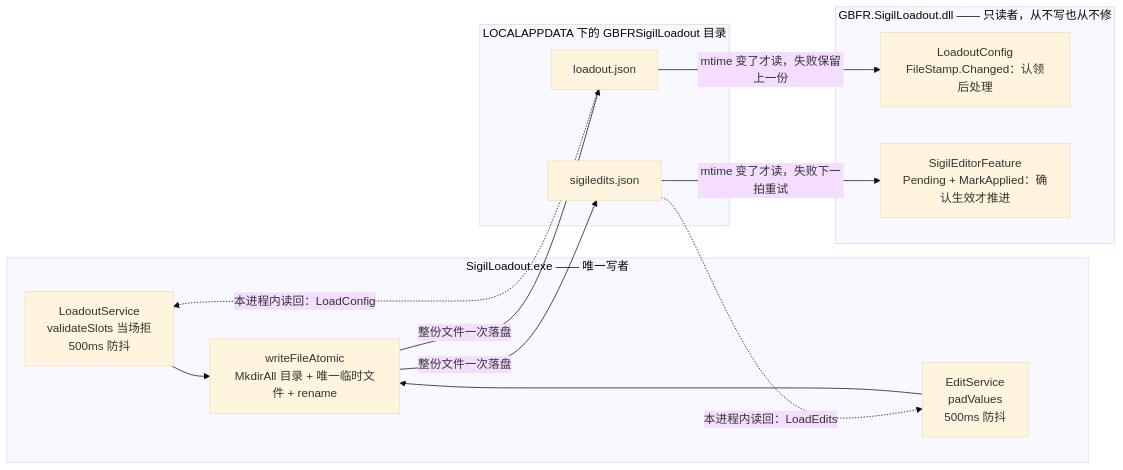
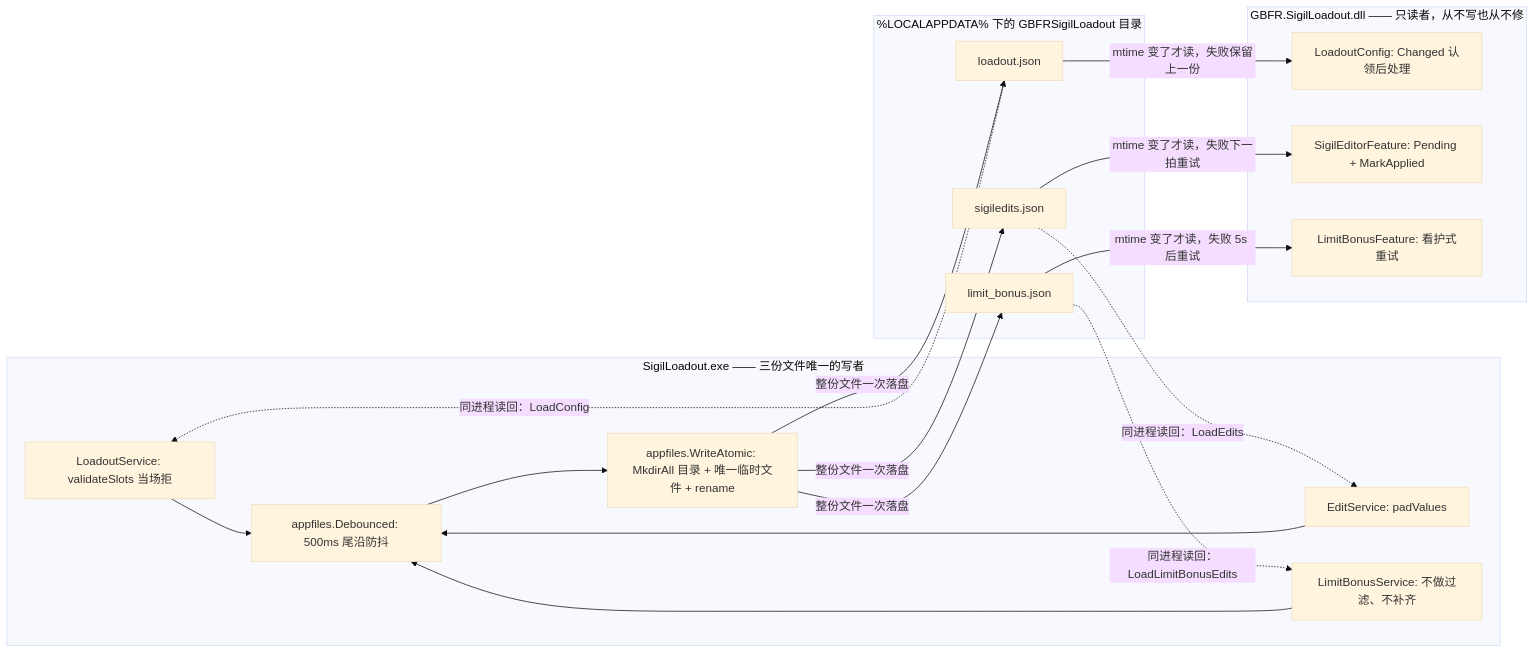
One commit to baagod/GBFR-Sigil-Loadout changed the first of 2 diagrams in openwiki/concepts/config-file-contracts.md. Above: the diagram before and after it, drawn with Mermaid (base theme). The commit also changed other lines of this file and 52 other files, not shown here.

````diff
--- a/openwiki/concepts/config-file-contracts.md
+++ b/openwiki/concepts/config-file-contracts.md
@@ -78,24 +102,33 @@
 ```mermaid
 flowchart LR
-    subgraph Tool["SigilLoadout.exe —— 唯一写者"]
-        LS["LoadoutService<br/>validateSlots 当场拒<br/>500ms 防抖"]
-        ES["EditService<br/>padValues<br/>500ms 防抖"]
-        AW["writeFileAtomic<br/>MkdirAll 目录 + 唯一临时文件 + rename"]
+    subgraph Tool["SigilLoadout.exe —— 三份文件唯一的写者"]
+        LS["LoadoutService: validateSlots 当场拒"]
+        ES["EditService: padValues"]
+        LB["LimitBonusService: 不做过滤、不补齐"]
+        DB["appfiles.Debounced: 500ms 尾沿防抖"]
+        AW["appfiles.WriteAtomic: MkdirAll 目录 + 唯一临时文件 + rename"]
     end
-    subgraph Dir["LOCALAPPDATA 下的 GBFRSigilLoadout 目录"]
+    subgraph Dir["%LOCALAPPDATA% 下的 GBFRSigilLoadout 目录"]
         LO["loadout.json"]
         SE["sigiledits.json"]
+        LBJ["limit_bonus.json"]
     end
     subgraph Mod["GBFR.SigilLoadout.dll —— 只读者，从不写也从不修"]
-        LC["LoadoutConfig<br/>FileStamp.Changed：认领后处理"]
-        SF["SigilEditorFeature<br/>Pending + MarkApplied：确认生效才推进"]
+        LC["LoadoutConfig: Changed 认领后处理"]
+        SF["SigilEditorFeature: Pending + MarkApplied"]
+        LF["LimitBonusFeature: 看护式重试"]
     end
-    LS --> AW
-    ES --> AW
+    LS --> DB
+    ES --> DB
+    LB --> DB
+    DB --> AW
     AW -->|"整份文件一次落盘"| LO
     AW -->|"整份文件一次落盘"| SE
+    AW -->|"整份文件一次落盘"| LBJ
     LO -->|"mtime 变了才读，失败保留上一份"| LC
     SE -->|"mtime 变了才读，失败下一拍重试"| SF
-    LO -.->|"本进程内读回：LoadConfig"| LS
-    SE -.->|"本进程内读回：LoadEdits"| ES
+    LBJ -->|"mtime 变了才读，失败 5s 后重试"| LF
+    LO -.->|"同进程读回：LoadConfig"| LS
+    SE -.->|"同进程读回：LoadEdits"| ES
+    LBJ -.->|"同进程读回：LoadLimitBonusEdits"| LB
 ```
````
